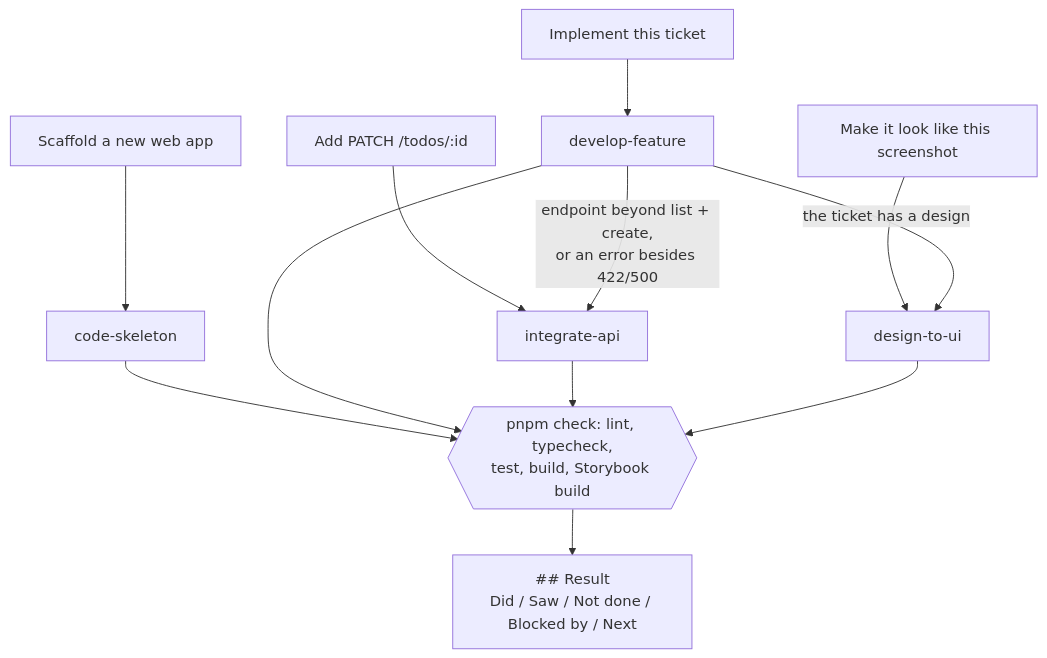
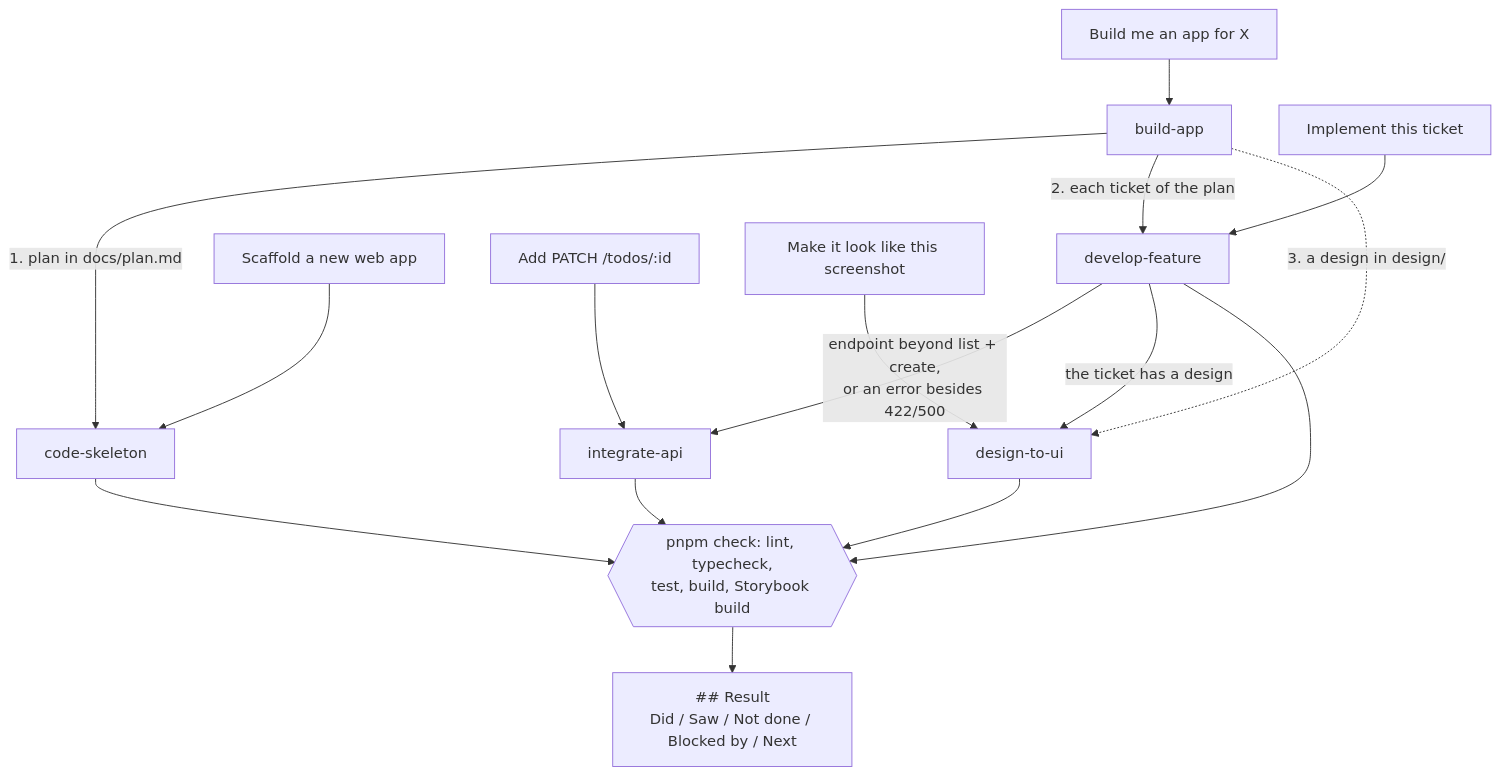
The second of 3 diagrams in DESIGN.md (loiphan-agilityio/web-dev-plugin), drawn with Mermaid before and after one commit. The commit also changed other lines of this file and 13 other files, not shown here.

First line of the commit message:
feat(claude-skills): build-app, a whole app from one description (0.2.0)

````diff
--- a/DESIGN.md
+++ b/DESIGN.md
@@ -24,14 +24,18 @@
 ```mermaid
 flowchart TD
+  U0["Build me an app for X"] --> BA[build-app]
+  BA -->|"1. plan in docs/plan.md"| CS
+  BA -->|"2. each ticket of the plan"| DF
+  BA -.->|"3. a design in design/"| DU
   U1["Scaffold a new web app"] --> CS[code-skeleton]
   U2["Implement this ticket"] --> DF[develop-feature]
   U3["Add PATCH /todos/:id"] --> IA[integrate-api]
   U4["Make it look like this screenshot"] --> DU[design-to-ui]
   DF -->|"endpoint beyond list + create,<br/>or an error besides 422/500"| IA
   DF -->|"the ticket has a design"| DU
   CS --> G{{"pnpm check: lint, typecheck,<br/>test, build, Storybook build"}}
   DF --> G
   IA --> G
   DU --> G
   G --> R["## Result<br/>Did / Saw / Not done / Blocked by / Next"]
 ```
````
